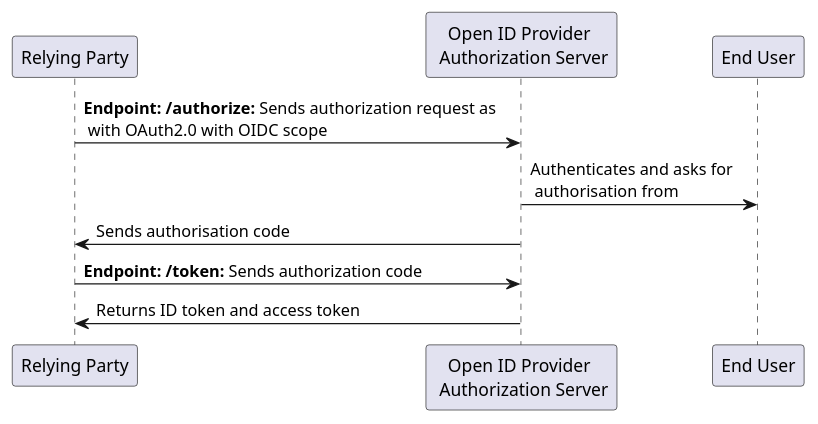
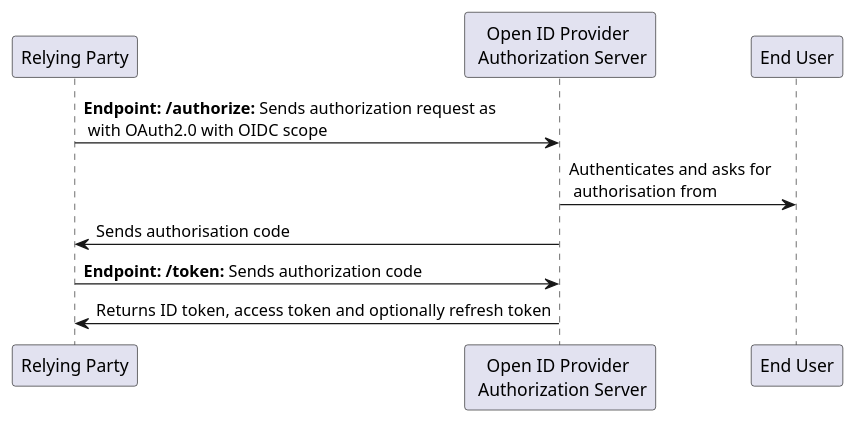
The diagram in OAuth2/OIDC/OAuth-OIDC-Auth-Code.puml (JamesCollerton/PlantUML-Diagrams), drawn with PlantUML before and after one commit. The commit also changed 2 other files, not shown here.

Commit message:
More OIDC diagrams

```diff
--- a/OAuth2/OIDC/OAuth-OIDC-Auth-Code.puml
+++ b/OAuth2/OIDC/OAuth-OIDC-Auth-Code.puml
@@ -1,13 +1,13 @@
 @startuml
 
 participant "Relying Party" as relying_party
 participant "Open ID Provider \n Authorization Server" as open_id_provider
 participant "End User" as end_user
 
 relying_party -> open_id_provider: **Endpoint: /authorize:** Sends authorization request as \n with OAuth2.0 with OIDC scope
 open_id_provider -> end_user: Authenticates and asks for \n authorisation from
 open_id_provider -> relying_party: Sends authorisation code
 relying_party -> open_id_provider: **Endpoint: /token:** Sends authorization code
-open_id_provider -> relying_party: Returns ID token and access token
+open_id_provider -> relying_party: Returns ID token, access token and optionally refresh token
 
 @enduml
```
